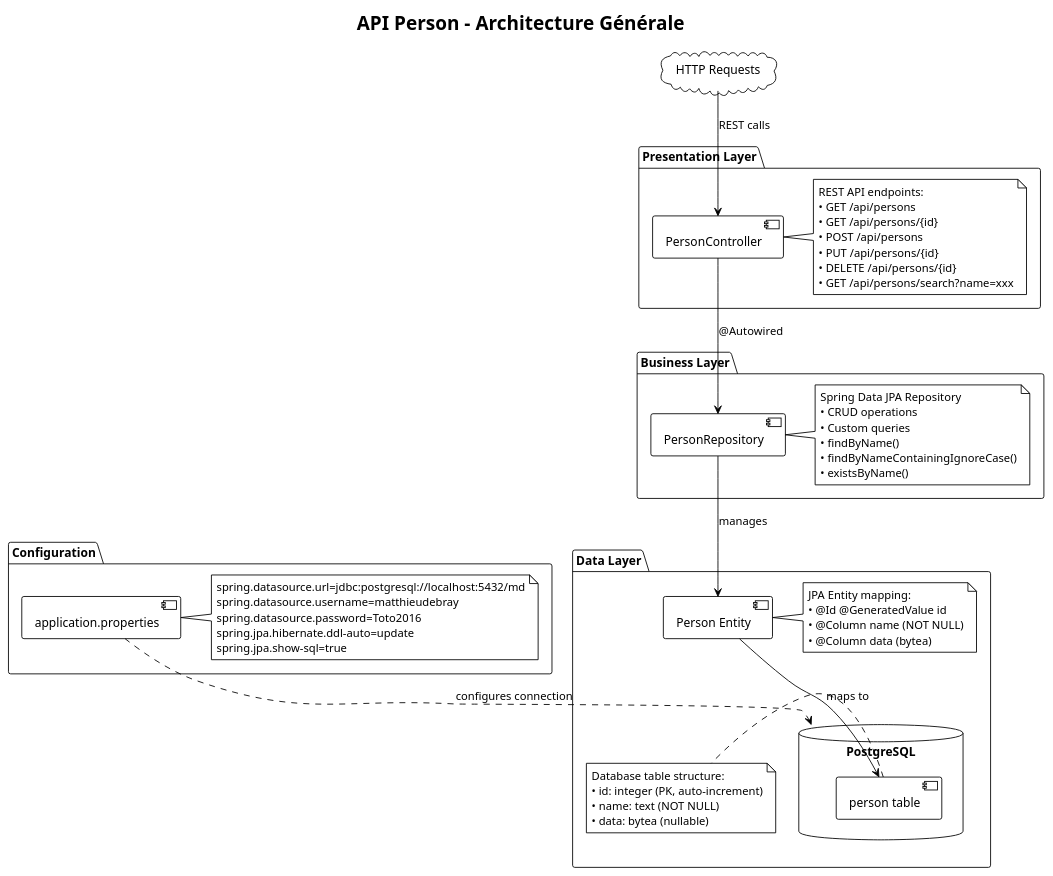
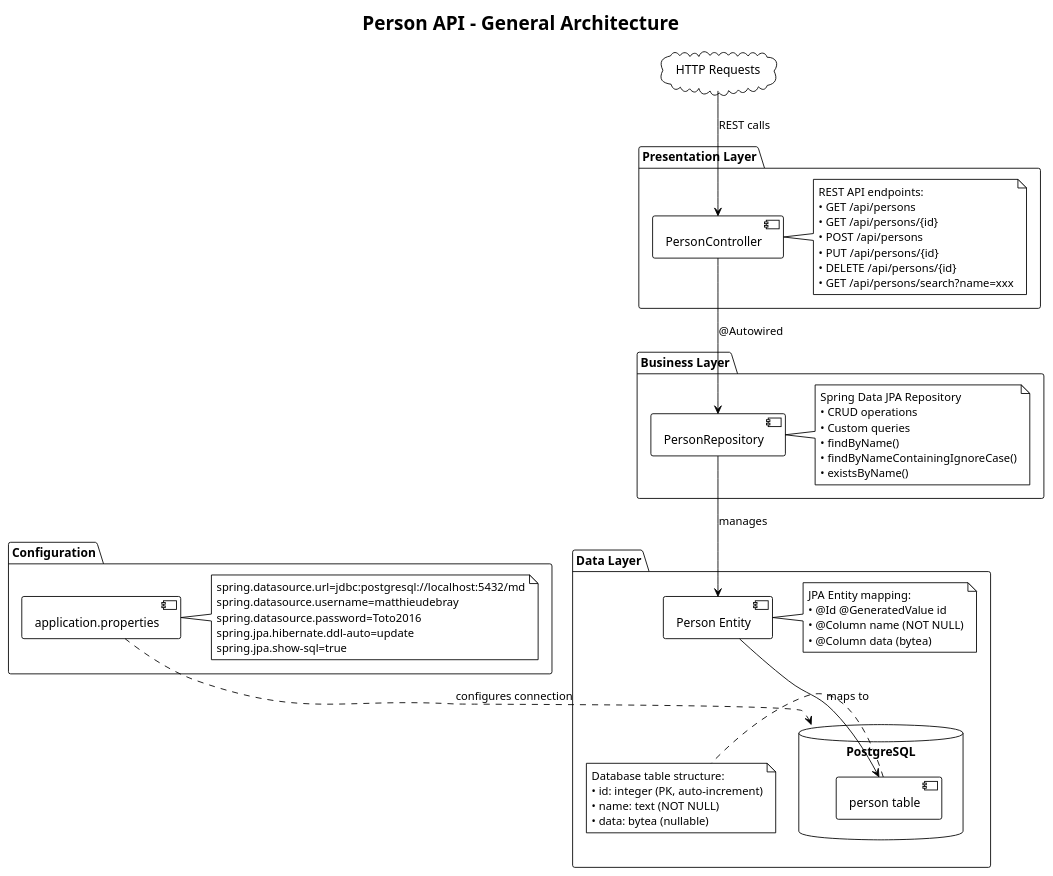
The diagram in docs/architecture-diagram.puml (DieuDuHub/springclaude), drawn with PlantUML before and after one commit. The commit also changed 2 other files, not shown here.

Commit message:
Translate PlantUML documentation to English
- Translated architecture-diagram.puml title to English
- Translated sequence-diagram.puml scenarios and content to English:
  • 'Récupérer toutes les personnes' → 'Retrieve all persons'
  • 'Récupérer une personne par ID' → 'Retrieve a person by ID'
  • 'Créer une nouvelle personne' → 'Create a new person'
  • 'Mettre à jour une personne' → 'Update a person'
  • 'Supprimer une personne' → 'Delete a person'
  • 'Rechercher par nom' → 'Search by name'
  • 'Person trouvée/non trouvée' → 'Person found/not found'
  • 'Person existe/n'existe pas' → 'Person exists/does not exist'
- Translated component-diagram.puml comments to English
- All UML documentation is now in English for international standards

```diff
--- a/docs/architecture-diagram.puml
+++ b/docs/architecture-diagram.puml
@@ -1,74 +1,74 @@
 @startuml architecture
 !theme plain
-title API Person - Architecture Générale
+title Person API - General Architecture
 
 package "Presentation Layer" {
     [PersonController] as controller
     note right of controller
         REST API endpoints:
         • GET /api/persons
         • GET /api/persons/{id}
         • POST /api/persons
         • PUT /api/persons/{id}
         • DELETE /api/persons/{id}
         • GET /api/persons/search?name=xxx
     end note
 }
 
 package "Business Layer" {
     [PersonRepository] as repository
     note right of repository
         Spring Data JPA Repository
         • CRUD operations
         • Custom queries
         • findByName()
         • findByNameContainingIgnoreCase()
         • existsByName()
     end note
 }
 
 package "Data Layer" {
     [Person Entity] as entity
     database "PostgreSQL" as db {
         [person table] as table
     }
     
     note right of entity
         JPA Entity mapping:
         • @Id @GeneratedValue id
         • @Column name (NOT NULL)
         • @Column data (bytea)
     end note
     
     note right of table
         Database table structure:
         • id: integer (PK, auto-increment)
         • name: text (NOT NULL)
         • data: bytea (nullable)
     end note
 }
 
 ' Relations
 controller --> repository : @Autowired
 repository --> entity : manages
 entity --> table : maps to
 
 ' HTTP Requests
 cloud "HTTP Requests" as http
 http --> controller : REST calls
 
 ' Configuration
 package "Configuration" {
     [application.properties] as config
     note right of config
         spring.datasource.url=jdbc:postgresql://localhost:5432/md
         spring.datasource.username=matthieudebray
         spring.datasource.password=Toto2016
         spring.jpa.hibernate.ddl-auto=update
         spring.jpa.show-sql=true
     end note
 }
 
 config ..> db : configures connection
 
 @enduml
```
